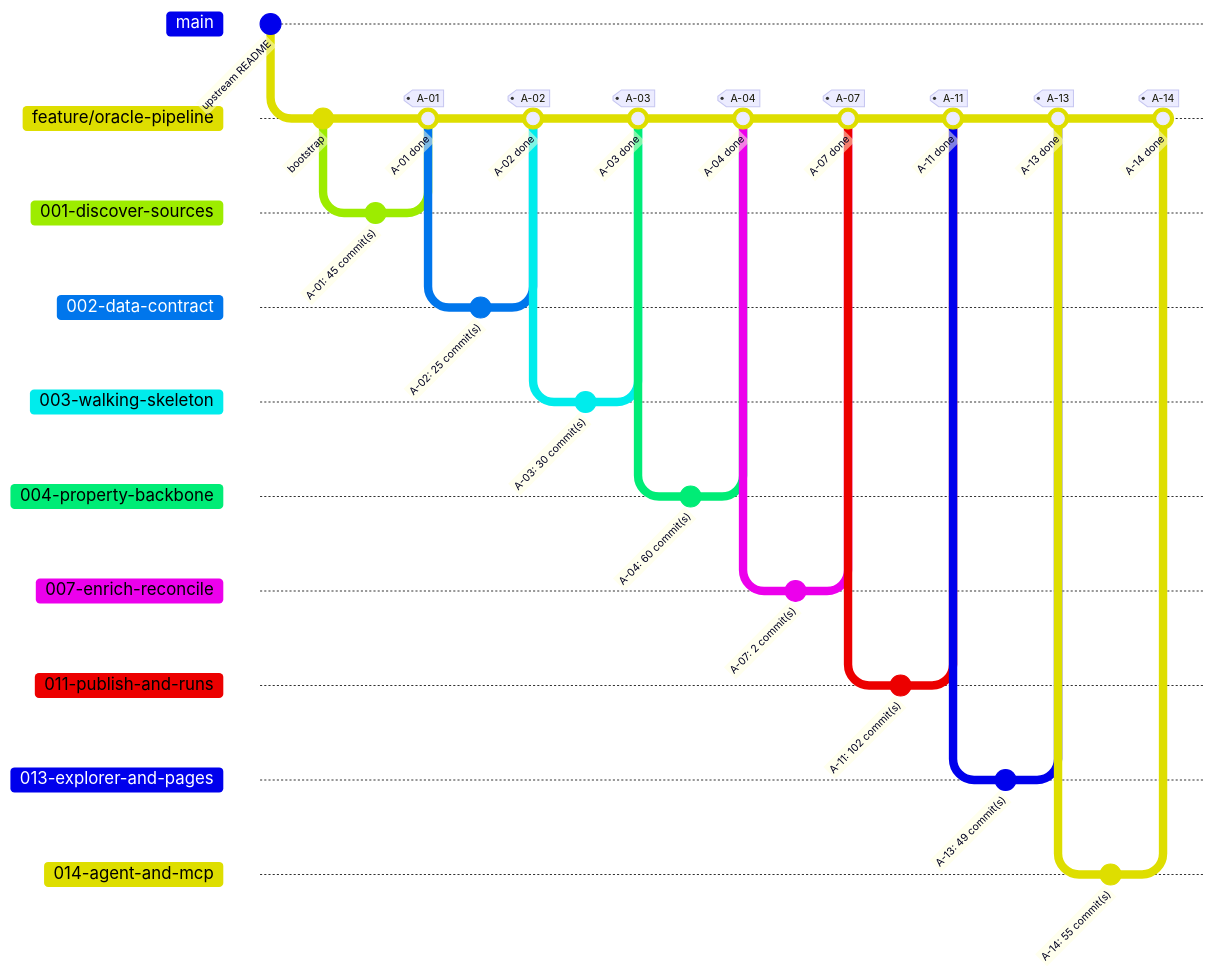
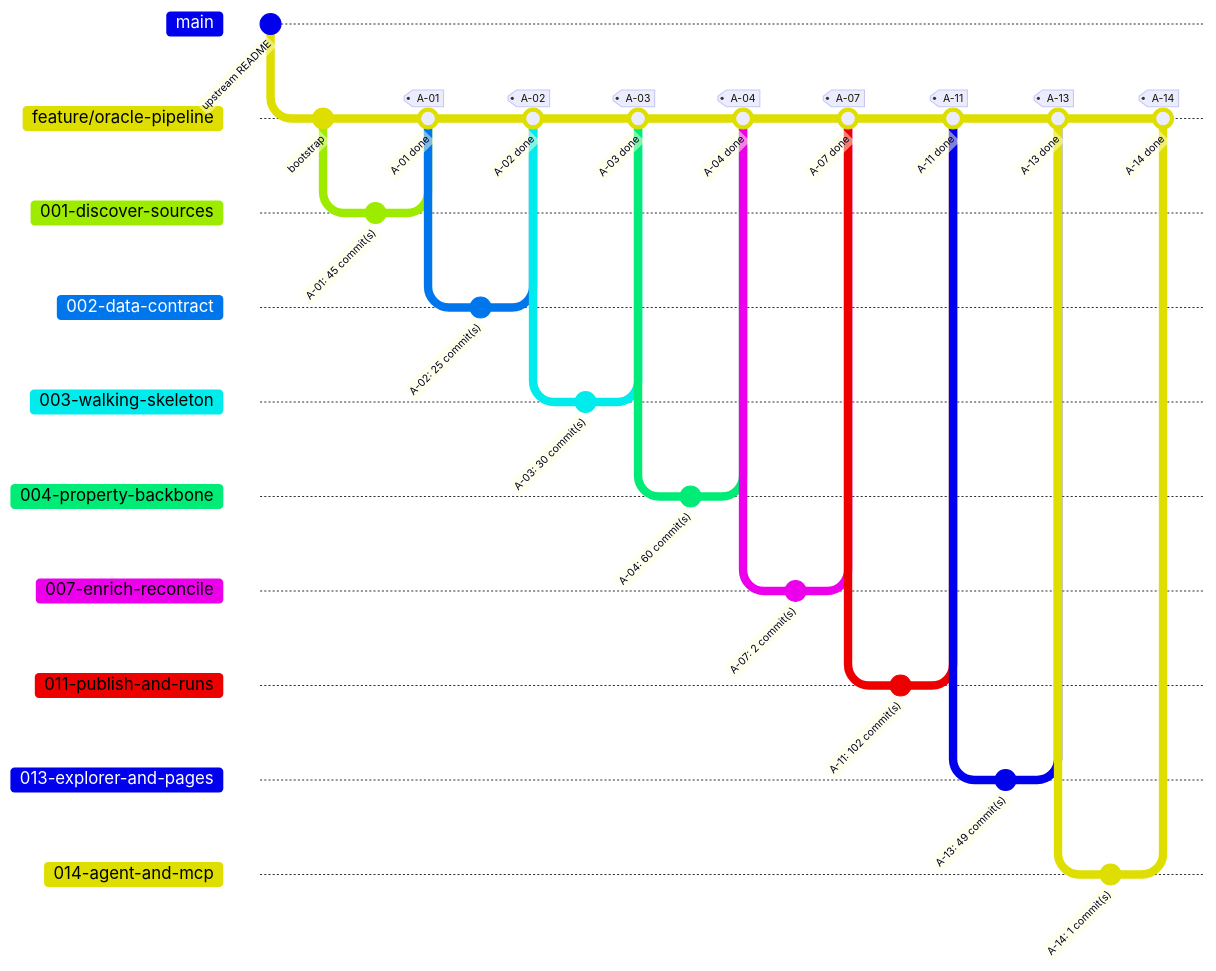
The second of 2 diagrams in docs/progress.md (HebaGaber/oracle-property-intelligence-platform-pipeline-travis-tx), drawn with Mermaid before and after one commit. The commit also changed other lines of this file, not shown here.

````diff
--- a/docs/progress.md
+++ b/docs/progress.md
@@ -19,39 +19,39 @@
 ```mermaid
 %%{init: { 'gitGraph': { 'mainBranchName': 'main', 'showCommitLabel': true } } }%%
 gitGraph
   commit id: "upstream README"
   branch "feature/oracle-pipeline"
   commit id: "bootstrap"
   branch "001-discover-sources"
   commit id: "A-01: 45 commit(s)"
   checkout "feature/oracle-pipeline"
   merge "001-discover-sources" id: "A-01 done" tag: "A-01"
   branch "002-data-contract"
   commit id: "A-02: 25 commit(s)"
   checkout "feature/oracle-pipeline"
   merge "002-data-contract" id: "A-02 done" tag: "A-02"
   branch "003-walking-skeleton"
   commit id: "A-03: 30 commit(s)"
   checkout "feature/oracle-pipeline"
   merge "003-walking-skeleton" id: "A-03 done" tag: "A-03"
   branch "004-property-backbone"
   commit id: "A-04: 60 commit(s)"
   checkout "feature/oracle-pipeline"
   merge "004-property-backbone" id: "A-04 done" tag: "A-04"
   branch "007-enrich-reconcile"
   commit id: "A-07: 2 commit(s)"
   checkout "feature/oracle-pipeline"
   merge "007-enrich-reconcile" id: "A-07 done" tag: "A-07"
   branch "011-publish-and-runs"
   commit id: "A-11: 102 commit(s)"
   checkout "feature/oracle-pipeline"
   merge "011-publish-and-runs" id: "A-11 done" tag: "A-11"
   branch "013-explorer-and-pages"
   commit id: "A-13: 49 commit(s)"
   checkout "feature/oracle-pipeline"
   merge "013-explorer-and-pages" id: "A-13 done" tag: "A-13"
   branch "014-agent-and-mcp"
-  commit id: "A-14: 55 commit(s)"
+  commit id: "A-14: 1 commit(s)"
   checkout "feature/oracle-pipeline"
   merge "014-agent-and-mcp" id: "A-14 done" tag: "A-14"
 ```
````
